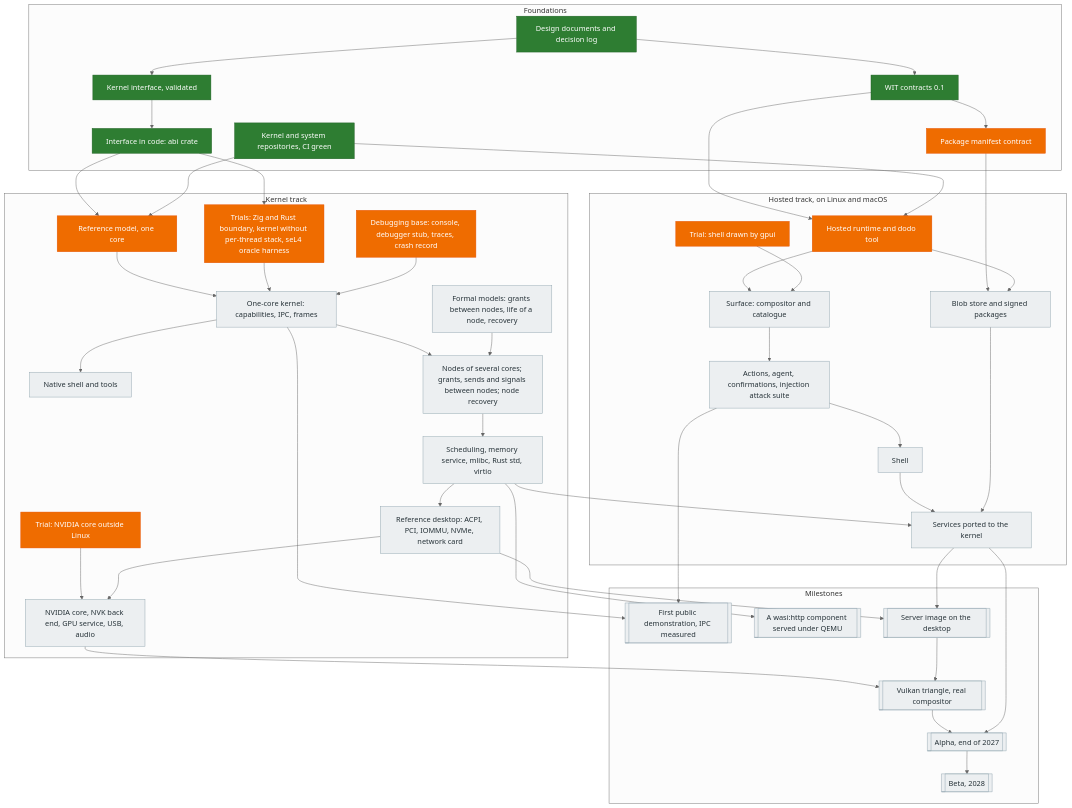
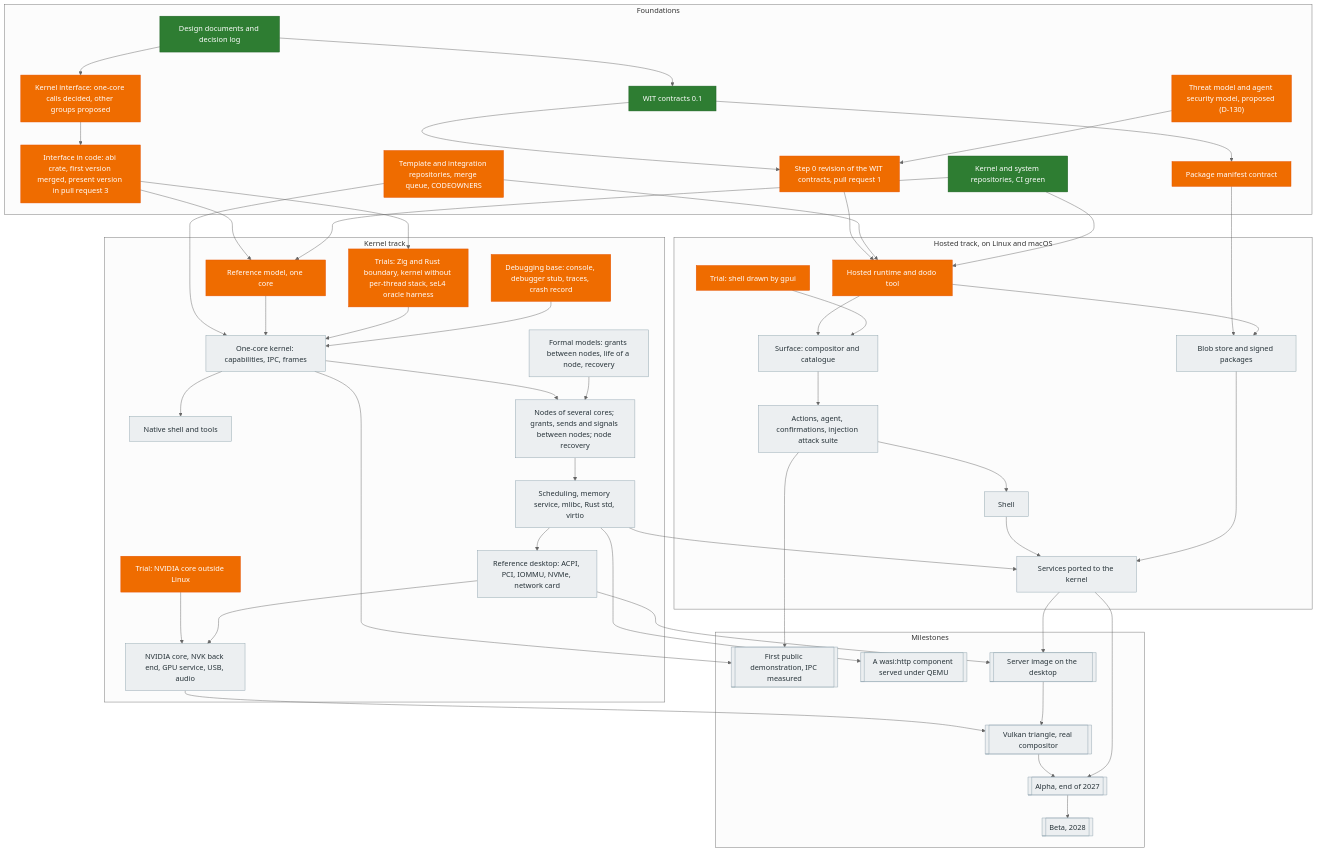
The diagram in plan/progress.md (LES-RATS/dodos-doc), drawn with Mermaid (neutral theme) before and after one commit. The commit also changed other lines of this file, not shown here.

Commit message:
Progress: boxes, Now and blocking tables as the repositories and the decision log show them on 16 November 2026

````diff
--- a/plan/progress.md
+++ b/plan/progress.md
@@ -9,76 +9,82 @@
 ```mermaid
 flowchart TD
     classDef done fill:#2e7d32,stroke:#1b5e20,color:#ffffff
     classDef next fill:#ef6c00,stroke:#e65100,color:#ffffff
     classDef later fill:#eceff1,stroke:#90a4ae,color:#263238
 
     subgraph Foundations
         design["Design documents and decision log"]:::done
-        kif["Kernel interface, validated"]:::done
-        abi["Interface in code: abi crate"]:::done
+        kif["Kernel interface: one-core calls decided, other groups proposed"]:::next
+        abi["Interface in code: abi crate, first version merged, present version in pull request 3"]:::next
         wit["WIT contracts 0.1"]:::done
+        wit2["Step 0 revision of the WIT contracts, pull request 1"]:::next
+        threat["Threat model and agent security model, proposed (D-130)"]:::next
         repos["Kernel and system repositories, CI green"]:::done
+        template["Template and integration repositories, merge queue, CODEOWNERS"]:::next
         manifest["Package manifest contract"]:::next
     end
 
     subgraph Kernel["Kernel track"]
         model["Reference model, one core"]:::next
         trials["Trials: Zig and Rust boundary, kernel without per-thread stack, seL4 oracle harness"]:::next
         debug["Debugging base: console, debugger stub, traces, crash record"]:::next
         k1["One-core kernel: capabilities, IPC, frames"]:::later
         tools["Native shell and tools"]:::later
         models3["Formal models: grants between nodes, life of a node, recovery"]:::later
         kn["Nodes of several cores; grants, sends and signals between nodes; node recovery"]:::later
         sched["Scheduling, memory service, mlibc, Rust std, virtio"]:::later
         hw["Reference desktop: ACPI, PCI, IOMMU, NVMe, network card"]:::later
         gputrial["Trial: NVIDIA core outside Linux"]:::next
         gpu["NVIDIA core, NVK back end, GPU service, USB, audio"]:::later
     end
 
     subgraph Hosted["Hosted track, on Linux and macOS"]
         runtime["Hosted runtime and dodo tool"]:::next
         gpuitrial["Trial: shell drawn by gpui"]:::next
         surface["Surface: compositor and catalogue"]:::later
         agent["Actions, agent, confirmations, injection attack suite"]:::later
         shell["Shell"]:::later
         store["Blob store and signed packages"]:::later
         ported["Services ported to the kernel"]:::later
     end
 
     subgraph Milestones
         demo[["First public demonstration, IPC measured"]]:::later
         http[["A wasi:http component served under QEMU"]]:::later
         server[["Server image on the desktop"]]:::later
         triangle[["Vulkan triangle, real compositor"]]:::later
         alpha[["Alpha, end of 2027"]]:::later
         beta[["Beta, 2028"]]:::later
     end
 
     design --> kif --> abi --> model
-    design --> wit --> runtime
+    design --> wit --> wit2 --> runtime
+    threat --> wit2
+    template --> runtime
+    template --> k1
     repos --> model
     repos --> runtime
     wit --> manifest --> store
     abi --> trials
     model --> k1
     trials --> k1
     debug --> k1
     k1 --> tools
     k1 --> demo
     k1 --> kn
     models3 --> kn
     kn --> sched --> http
     sched --> hw --> server
     gputrial --> gpu
     hw --> gpu --> triangle
 
     runtime --> surface --> agent --> shell
     gpuitrial --> surface
     runtime --> store
     agent --> demo
     shell --> ported
     store --> ported
     sched --> ported --> server
     server --> triangle --> alpha --> beta
     ported --> alpha
 ```
````
